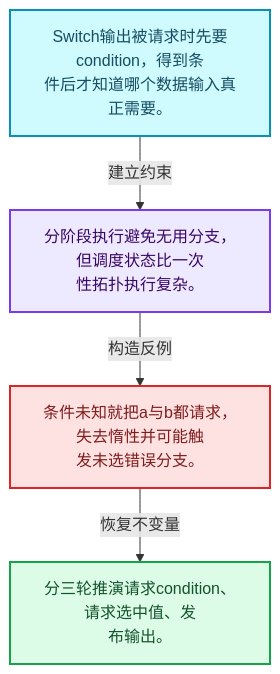
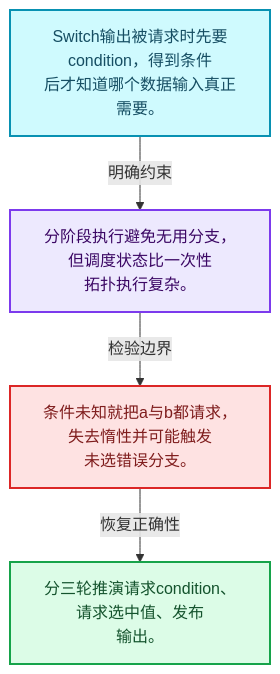
The first of 4 diagrams in 杂/markdown/全面学习-codex/09-LazyFunction与节点执行架构/01-按需执行模型.md (yunkezengren/blender-.vscode), drawn with Mermaid before and after one commit. The commit also changed other lines of this file and 1930 other files, not shown here.

````diff
--- a/杂/markdown/全面学习-codex/09-LazyFunction与节点执行架构/01-按需执行模型.md
+++ b/杂/markdown/全面学习-codex/09-LazyFunction与节点执行架构/01-按需执行模型.md
@@ -29,16 +29,16 @@
 ```mermaid
 flowchart TB
-  M["Switch输出被请求时先要condition，得到条<br/>件后才知道哪个数据输入真正需要。"]:::data
-  T["分阶段执行避免无用分支，但调度状态比一次<br/>性拓扑执行复杂。"]:::abstraction
-  X["条件未知就把a与b都请求，失去惰性并可能触<br/>发未选错误分支。"]:::error
-  A["分三轮推演请求condition、请求选中值、发<br/>布输出。"]:::result
-  M -->|"建立约束"| T
-  T -->|"构造反例"| X
-  X -->|"恢复不变量"| A
+  M["Switch输出被请求时先要condition，得到条件<br/>后才知道哪个数据输入真正需要。"]:::data
+  C["分阶段执行避免无用分支，但调度状态比一次性<br/>拓扑执行复杂。"]:::abstraction
+  B["条件未知就把a与b都请求，失去惰性并可能触发<br/>未选错误分支。"]:::error
+  R["分三轮推演请求condition、请求选中值、发布<br/>输出。"]:::result
+  M -->|"明确约束"| C
+  C -->|"检验边界"| B
+  B -->|"恢复正确性"| R
   classDef input fill:#DBEAFE,stroke:#2563EB,color:#172554,stroke-width:2px;
   classDef data fill:#CFFAFE,stroke:#0891B2,color:#164E63,stroke-width:2px;
   classDef abstraction fill:#EDE9FE,stroke:#7C3AED,color:#3B0764,stroke-width:2px;
   classDef compute fill:#FEF3C7,stroke:#D97706,color:#78350F,stroke-width:2px;
   classDef result fill:#DCFCE7,stroke:#16A34A,color:#14532D,stroke-width:2px;
   classDef error fill:#FEE2E2,stroke:#DC2626,color:#7F1D1D,stroke-width:2px;
 ```
````
